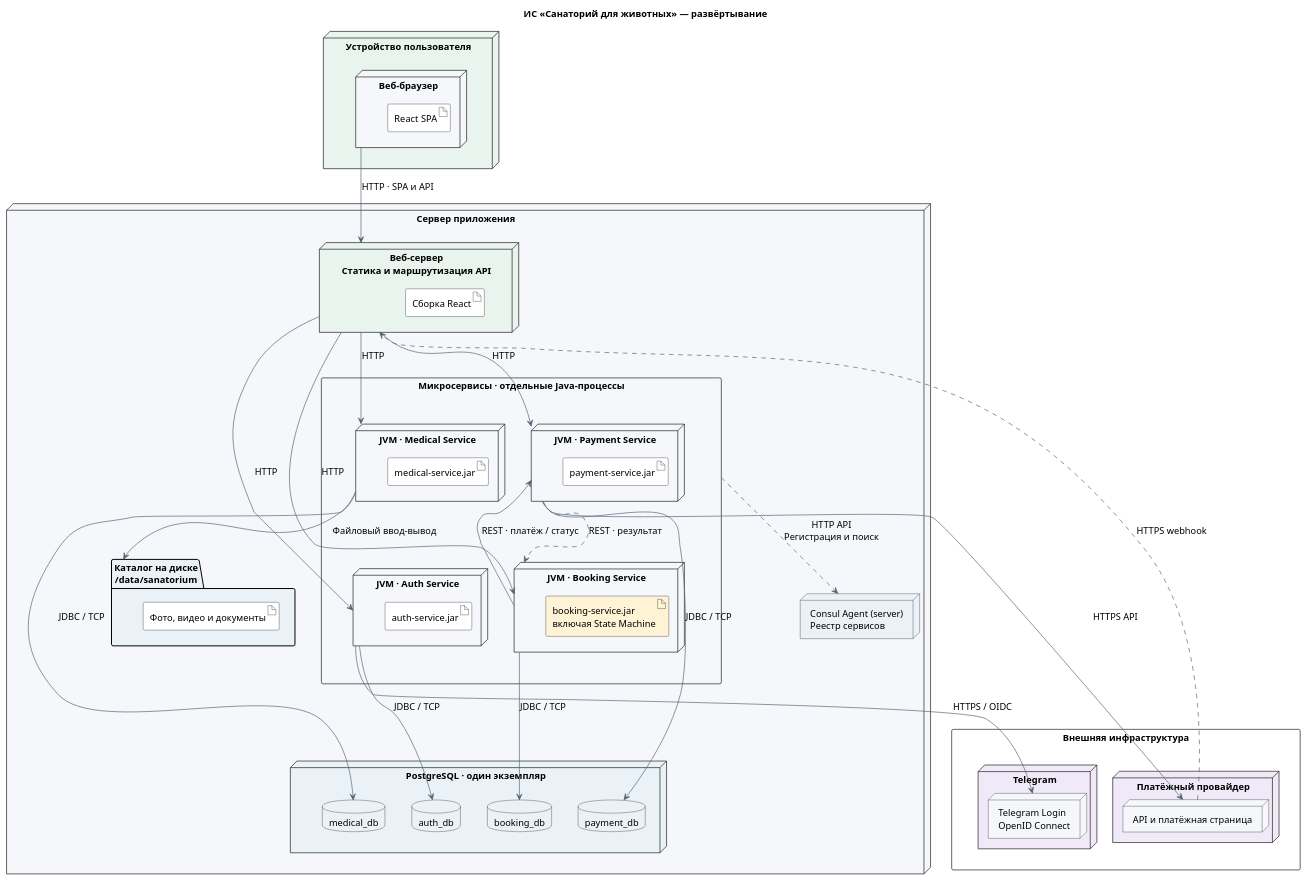
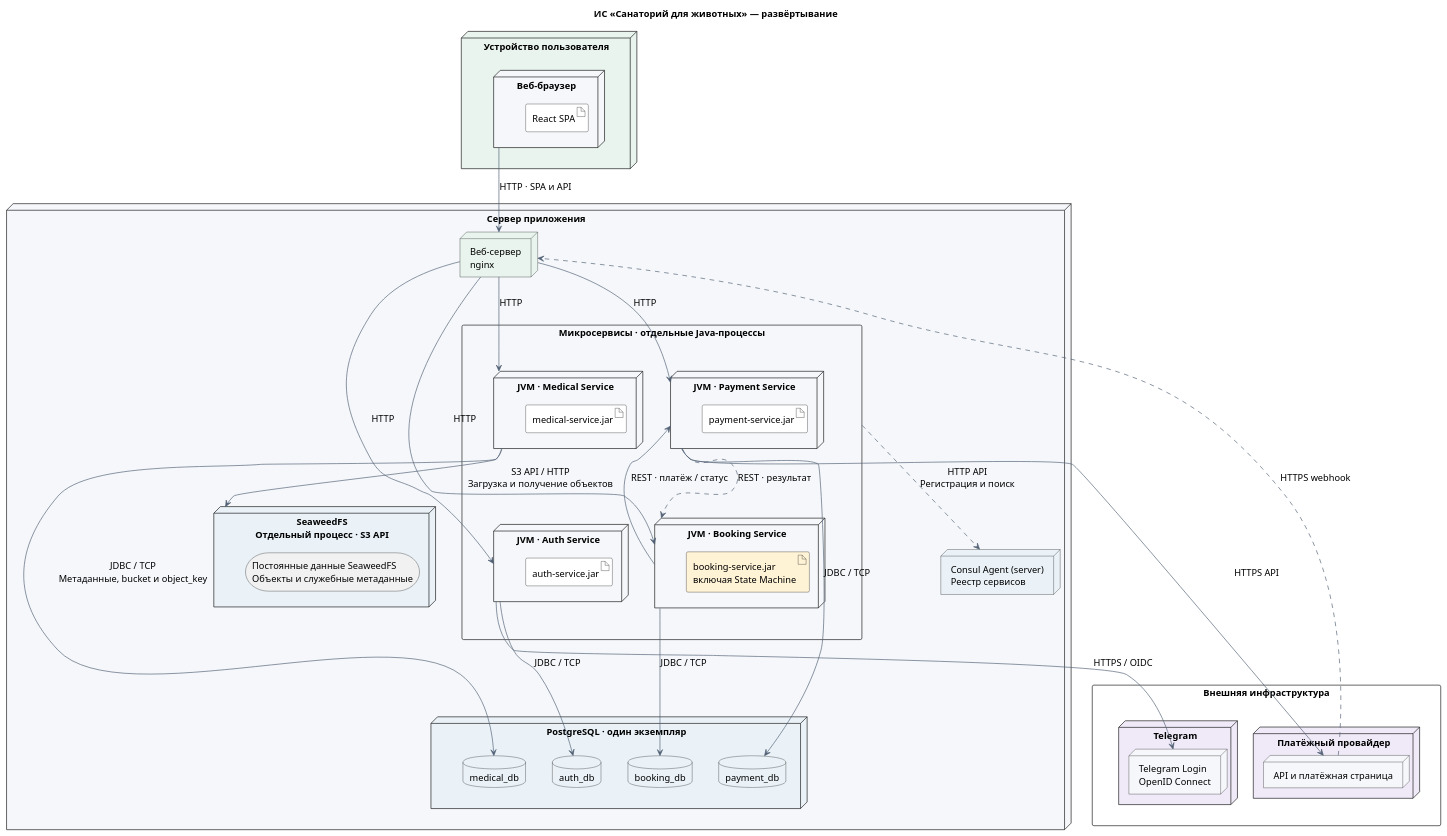
Before and after one commit to wwwyssa/IS-course-project: the diagram in docs/deployment.plantuml, drawn with PlantUML. The commit also changed 3 other files, not shown here.

Commit message:
add S3 system to uml

```diff
--- a/docs/deployment.plantuml
+++ b/docs/deployment.plantuml
@@ -1,98 +1,96 @@
 @startuml
 title ИС «Санаторий для животных» — развёртывание
 top to bottom direction
 skinparam shadowing false
 skinparam defaultFontName Arial
 skinparam defaultFontSize 14
 skinparam nodeStyle rectangle
 skinparam packageStyle rectangle
 skinparam nodesep 40
 skinparam ranksep 55
 skinparam ArrowColor #526175
 skinparam nodeBackgroundColor #F5F7FA
 skinparam artifactBackgroundColor #FFFFFF
 skinparam databaseBackgroundColor #EAF2F8
 hide stereotype
 
 node "Устройство пользователя" as client <<device>> #E8F4ED {
   node "Веб-браузер" as browser <<executionEnvironment>> {
     artifact "React SPA" as frontend
   }
 }
 
 node "Сервер приложения" as helios <<device>> {
-  node "Веб-сервер\nСтатика и маршрутизация API" as nginx <<executionEnvironment>> #E8F4ED {
-    artifact "Сборка React" as staticFiles
-  }
+  node "Веб-сервер\nnginx" as nginx <<executionEnvironment>> #E8F4ED 
 
   package "Микросервисы · отдельные Java-процессы" as services {
     together {
       node "JVM · Auth Service" as authNode <<executionEnvironment>> {
         artifact "auth-service.jar" as authJar
       }
       node "JVM · Booking Service" as bookingNode <<executionEnvironment>> {
         artifact "booking-service.jar\nвключая State Machine" as bookingJar #FFF3D6
       }
       node "JVM · Payment Service" as paymentNode <<executionEnvironment>> {
         artifact "payment-service.jar" as paymentJar
       }
       node "JVM · Medical Service" as medicalNode <<executionEnvironment>> {
         artifact "medical-service.jar" as medicalJar
       }
     }
   }
 
   node "PostgreSQL · один экземпляр" as dbNode <<executionEnvironment>> #EAF2F8 {
     together {
       database "auth_db" as dbAuth
       database "booking_db" as dbBooking
       database "payment_db" as dbPayment
       database "medical_db" as dbMedical
     }
   }
 
-  folder "Каталог на диске\n/data/sanatorium" as storage #EAF2F8 {
-    artifact "Фото, видео и документы" as files
+  node "SeaweedFS\nОтдельный процесс · S3 API" as storage <<executionEnvironment>> #EAF2F8 {
+    storage "Постоянные данные SeaweedFS\nОбъекты и служебные метаданные" as objectData
   }
   node "Consul Agent (server)\nРеестр сервисов" as consul <<executionEnvironment>> #EAF2F8
 }
 
 package "Внешняя инфраструктура" as external {
   node "Telegram" as telegramHost <<external>> #F0EAF8 {
     node "Telegram Login\nOpenID Connect" as telegramLogin <<executionEnvironment>>
   }
   node "Платёжный провайдер" as paymentHost <<external>> #F0EAF8 {
     node "API и платёжная страница" as paymentGateway <<executionEnvironment>>
   }
 }
 
 browser -down-> nginx : HTTP · SPA и API
 nginx -down-> authNode : HTTP
 nginx -down-> bookingNode : HTTP
 nginx -down-> paymentNode : HTTP
 nginx -down-> medicalNode : HTTP
 
 bookingNode -right-> paymentNode : REST · платёж / статус
 paymentNode ..> bookingNode : REST · результат
 
 authNode -down-> dbAuth : JDBC / TCP
 bookingNode -down-> dbBooking : JDBC / TCP
 paymentNode -down-> dbPayment : JDBC / TCP
-medicalNode -down-> dbMedical : JDBC / TCP
-medicalNode --> storage : Файловый ввод-вывод
+medicalNode -down-> dbMedical : JDBC / TCP\nМетаданные, bucket и object_key
+medicalNode --> storage : S3 API / HTTP\nЗагрузка и получение объектов
 
 ' Общая связь заменяет четыре повторяющиеся линии регистрации.
 services ..> consul : HTTP API\nРегистрация и поиск
 
 authNode --> telegramLogin : HTTPS / OIDC
 paymentNode --> paymentGateway : HTTPS API
 paymentGateway ..> nginx : HTTPS webhook
 
 ' Фиксация порядка колонок и уровней без видимых линий.
 authNode -[hidden]right-> bookingNode
 paymentNode -[hidden]right-> medicalNode
 dbAuth -[hidden]right-> dbBooking
 dbBooking -[hidden]right-> dbPayment
 dbPayment -[hidden]right-> dbMedical
 dbNode -[hidden]down-> external
 @enduml
```
